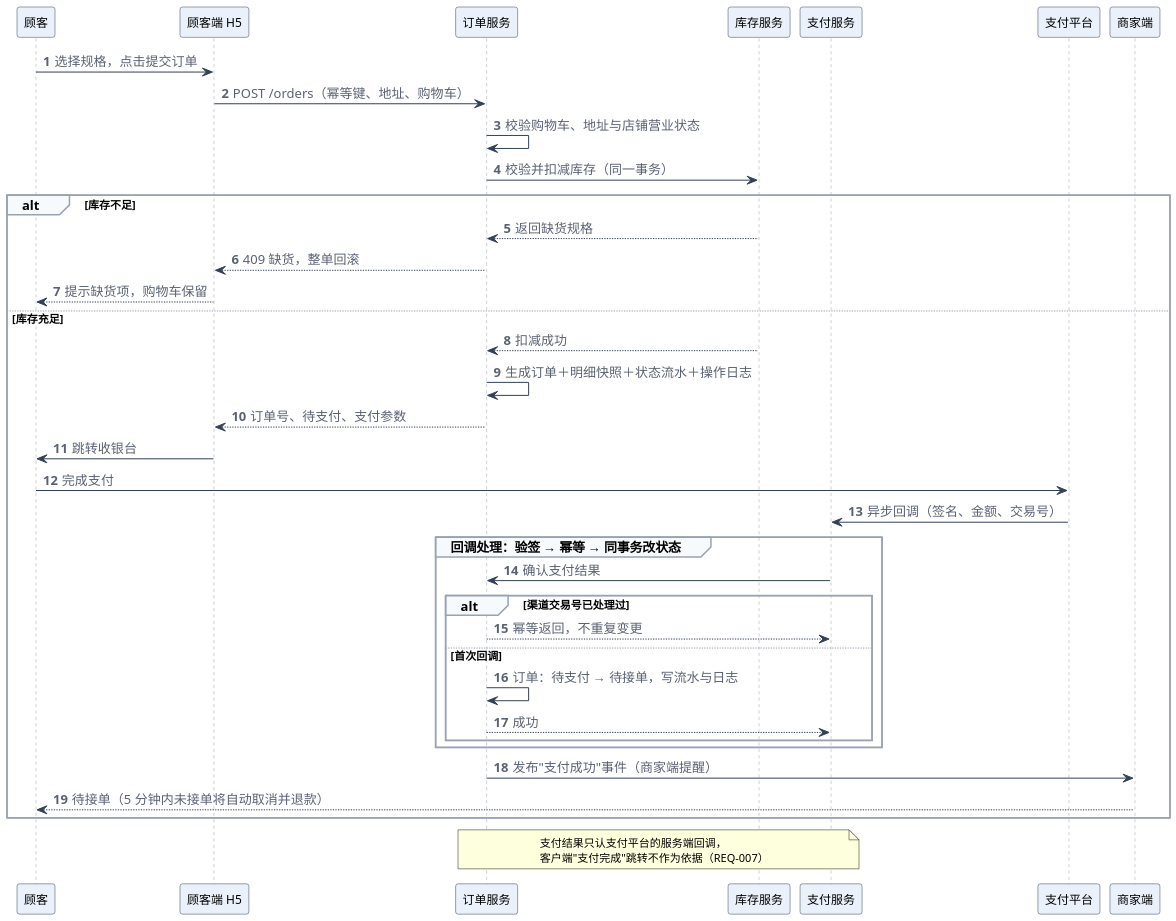
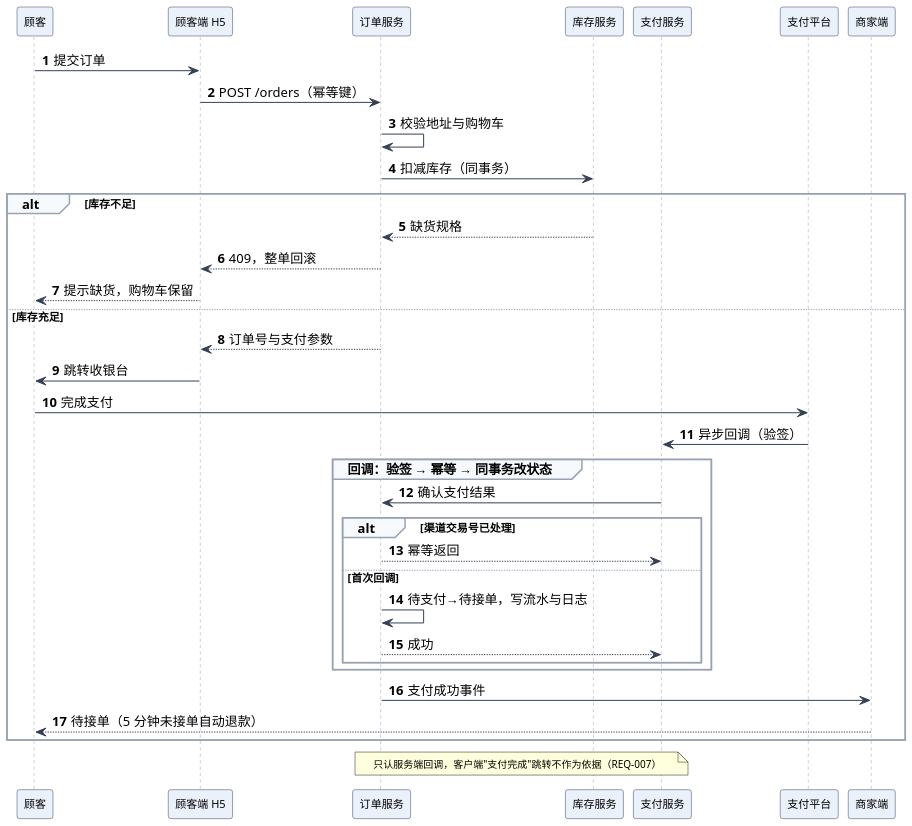
Before and after one commit to yui060814zwp-creator/SE-lab: the diagram in lab2/UML/UML时序图.puml, drawn with PlantUML. The commit also changed 21 other files, not shown here.

Commit message:
lab2: 按评审意见重画 UML，补足三类图（11 张，类图拆为交易域与账号商品域）

```diff
--- a/lab2/UML/UML时序图.puml
+++ b/lab2/UML/UML时序图.puml
@@ -1,62 +1,57 @@
 @startuml UML时序图
 skinparam defaultFontName "Microsoft YaHei"
 skinparam shadowing false
-skinparam ArrowColor #344054
-skinparam ArrowFontColor #5A6272
 skinparam dpi 150
 skinparam sequence {
   ArrowColor #344054
   LifeLineBorderColor #98A2B3
   ParticipantBackgroundColor #EAF1FA
   ParticipantBorderColor #344054
-  ParticipantFontSize 12
+  ParticipantFontSize 11
   GroupBackgroundColor #F7FAFC
   GroupBorderColor #98A2B3
   NoteBackgroundColor #FFF8E6
   NoteBorderColor #E4B363
 }
 skinparam note {
-  FontSize 11
+  FontSize 10
 }
 
 autonumber "<b>0"
 participant "顾客" as U
 participant "顾客端 H5" as H5
 participant "订单服务" as ORD
 participant "库存服务" as STK
 participant "支付服务" as PAY
 participant "支付平台" as PLAT
 participant "商家端" as SHOP
 
-U -> H5 : 选择规格，点击提交订单
-H5 -> ORD : POST /orders（幂等键、地址、购物车）
-ORD -> ORD : 校验购物车、地址与店铺营业状态
-ORD -> STK : 校验并扣减库存（同一事务）
+U -> H5 : 提交订单
+H5 -> ORD : POST /orders（幂等键）
+ORD -> ORD : 校验地址与购物车
+ORD -> STK : 扣减库存（同事务）
 alt 库存不足
-  STK --> ORD : 返回缺货规格
-  ORD --> H5 : 409 缺货，整单回滚
-  H5 --> U : 提示缺货项，购物车保留
+  STK --> ORD : 缺货规格
+  ORD --> H5 : 409，整单回滚
+  H5 --> U : 提示缺货，购物车保留
 else 库存充足
-  STK --> ORD : 扣减成功
-  ORD -> ORD : 生成订单＋明细快照＋状态流水＋操作日志
-  ORD --> H5 : 订单号、待支付、支付参数
+  ORD --> H5 : 订单号与支付参数
   H5 -> U : 跳转收银台
   U -> PLAT : 完成支付
-  PLAT -> PAY : 异步回调（签名、金额、交易号）
-  group 回调处理：验签 → 幂等 → 同事务改状态
+  PLAT -> PAY : 异步回调（验签）
+  group 回调：验签 → 幂等 → 同事务改状态
     PAY -> ORD : 确认支付结果
-    alt 渠道交易号已处理过
-      ORD --> PAY : 幂等返回，不重复变更
+    alt 渠道交易号已处理
+      ORD --> PAY : 幂等返回
     else 首次回调
-      ORD -> ORD : 订单：待支付 → 待接单，写流水与日志
+      ORD -> ORD : 待支付→待接单，写流水与日志
       ORD --> PAY : 成功
     end
   end
-  ORD -> SHOP : 发布"支付成功"事件（商家端提醒）
-  SHOP --> U : 待接单（5 分钟内未接单将自动取消并退款）
+  ORD -> SHOP : 支付成功事件
+  SHOP --> U : 待接单（5 分钟未接单自动退款）
 end
 note over ORD, PAY
-  支付结果只认支付平台的服务端回调，
-  客户端"支付完成"跳转不作为依据（REQ-007）
+  只认服务端回调，客户端"支付完成"跳转不作为依据（REQ-007）
 end note
 @enduml
```
